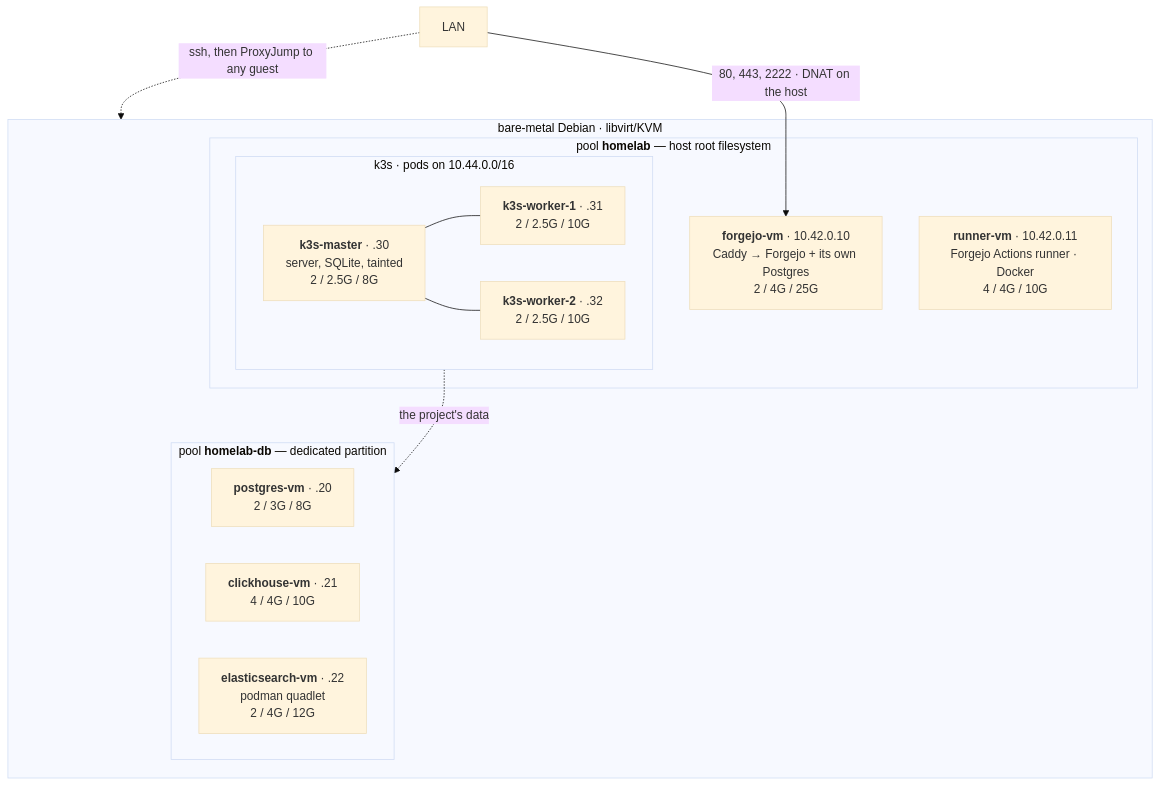
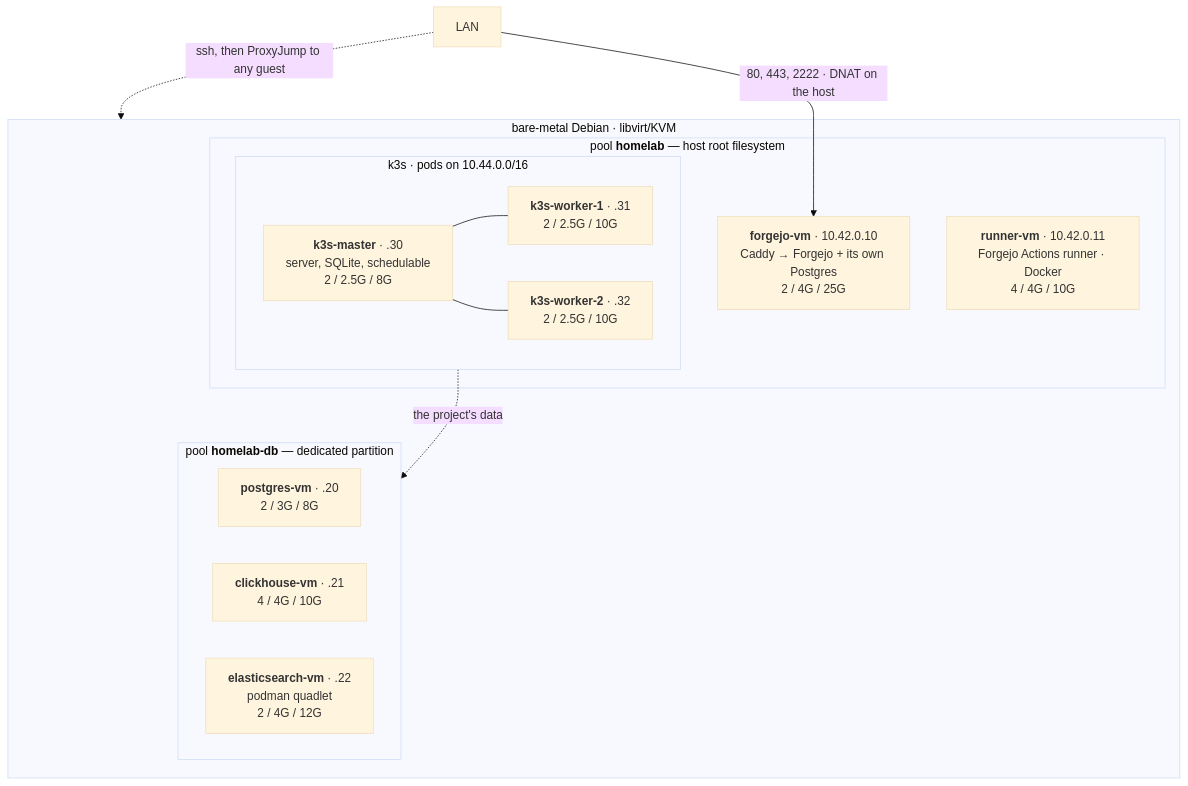
The first of 2 diagrams in README.md (CLEVER1337/clever-homelab), drawn with Mermaid (base theme) before and after one commit.

Commit message:
docs: the k3s server is schedulable now, the diagram still called it tainted

````diff
--- a/README.md
+++ b/README.md
@@ -14,29 +14,29 @@
 ```mermaid
 flowchart TB
     LAN["LAN"]
 
     subgraph HOST["bare-metal Debian · libvirt/KVM"]
         subgraph POOL1["pool <b>homelab</b> — host root filesystem"]
             FORGEJO["<b>forgejo-vm</b> · 10.42.0.10<br/>Caddy → Forgejo + its own Postgres<br/>2 / 4G / 25G"]
             RUNNER["<b>runner-vm</b> · 10.42.0.11<br/>Forgejo Actions runner · Docker<br/>4 / 4G / 10G"]
 
             subgraph K3S["k3s · pods on 10.44.0.0/16"]
-                MASTER["<b>k3s-master</b> · .30<br/>server, SQLite, tainted<br/>2 / 2.5G / 8G"]
+                MASTER["<b>k3s-master</b> · .30<br/>server, SQLite, schedulable<br/>2 / 2.5G / 8G"]
                 W1["<b>k3s-worker-1</b> · .31<br/>2 / 2.5G / 10G"]
                 W2["<b>k3s-worker-2</b> · .32<br/>2 / 2.5G / 10G"]
             end
         end
 
         subgraph POOL2["pool <b>homelab-db</b> — dedicated partition"]
             PG["<b>postgres-vm</b> · .20<br/>2 / 3G / 8G"]
             CH["<b>clickhouse-vm</b> · .21<br/>4 / 4G / 10G"]
             ES["<b>elasticsearch-vm</b> · .22<br/>podman quadlet<br/>2 / 4G / 12G"]
         end
     end
 
     LAN -->|"80, 443, 2222 · DNAT on the host"| FORGEJO
     LAN -.->|"ssh, then ProxyJump to any guest"| HOST
     MASTER --- W1
     MASTER --- W2
     K3S -.->|"the project's data"| POOL2
 ```
````
